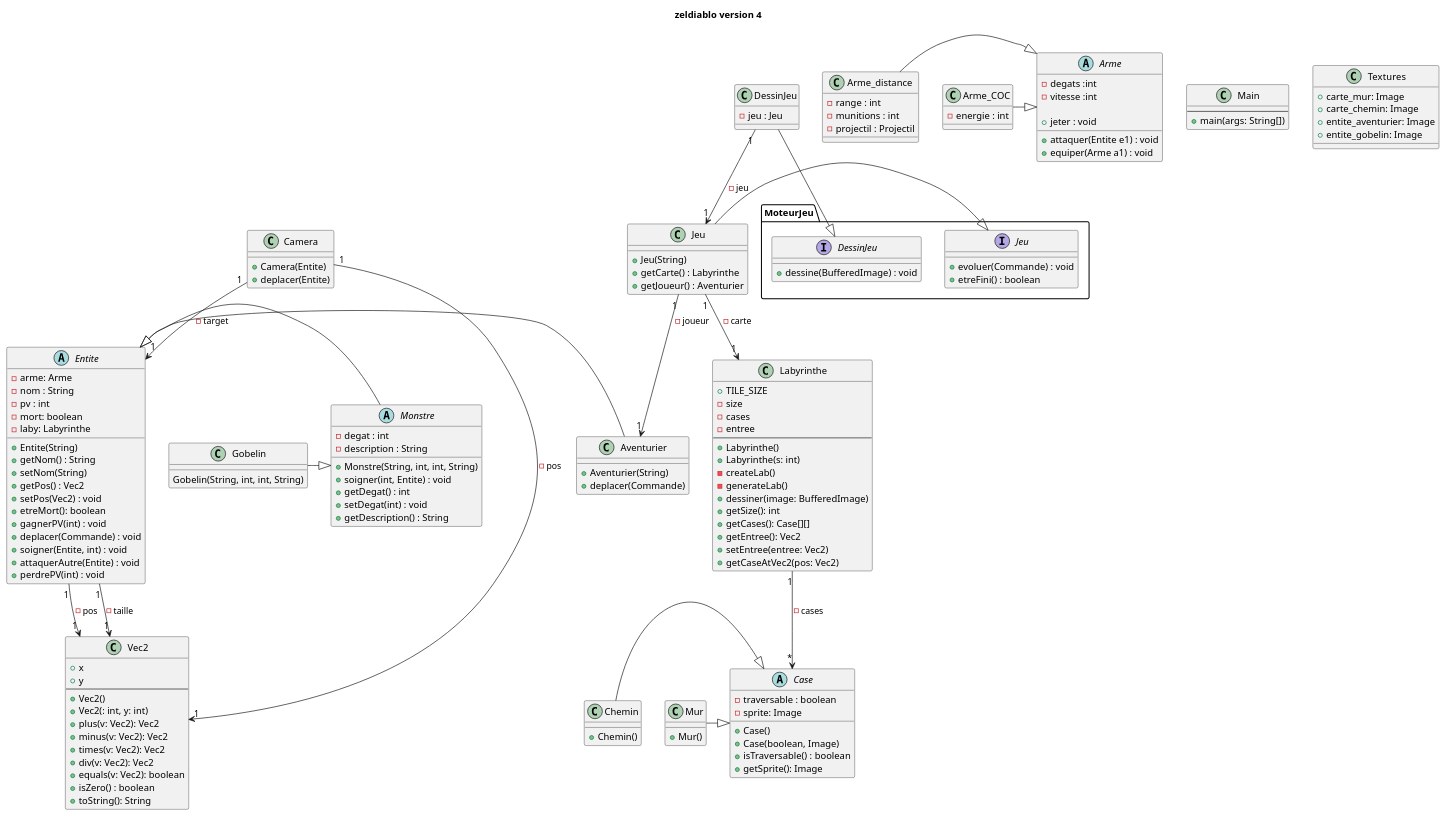
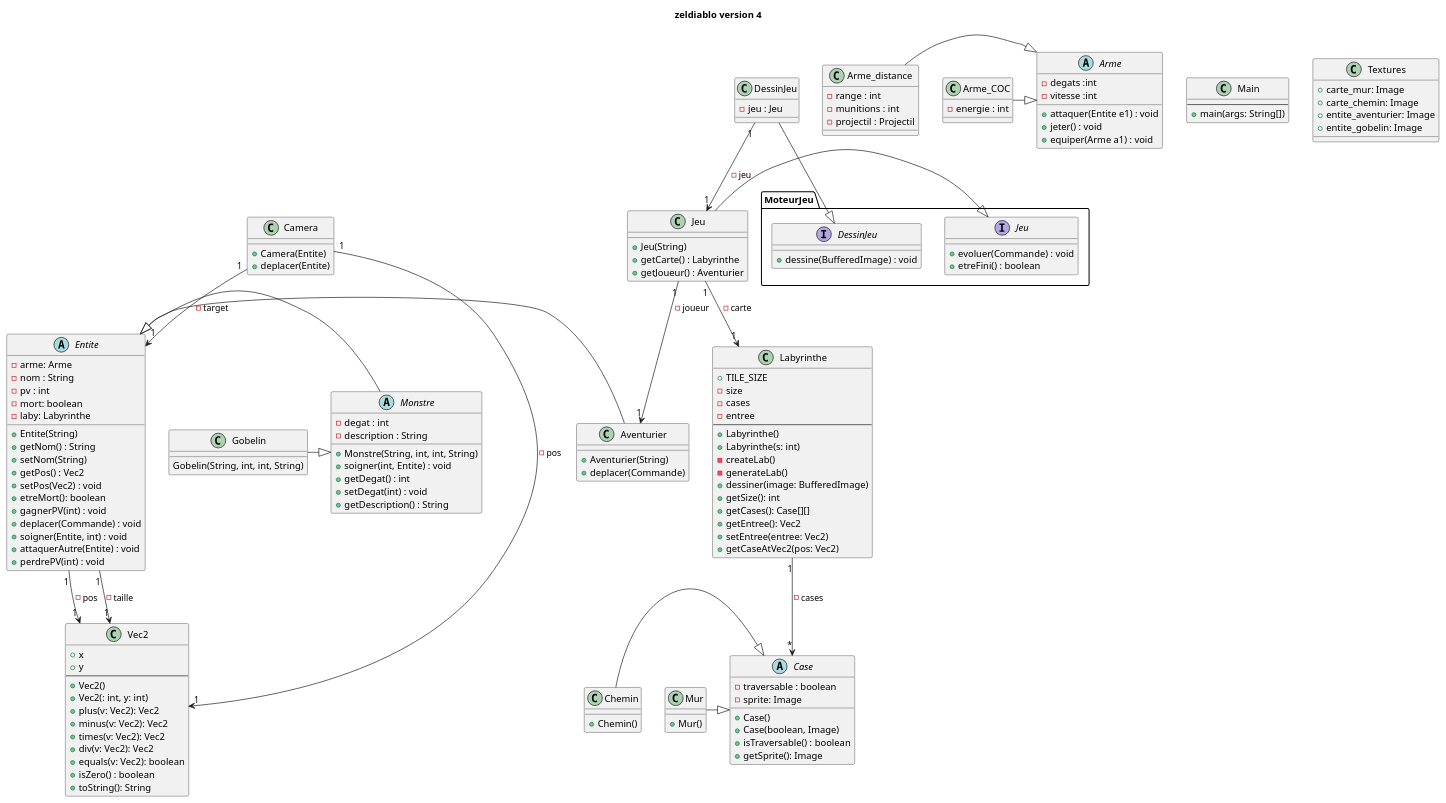
The diagram in documents/version_4/diagramme_classe_version_4.puml (toxicbloud/Zeldiablo), drawn with PlantUML before and after one commit. The commit also changed 3 other files, not shown here.

Commit message:
Mise a jours Arme et diagramme_class

```diff
--- a/documents/version_4/diagramme_classe_version_4.puml
+++ b/documents/version_4/diagramme_classe_version_4.puml
@@ -1,173 +1,173 @@
 @startuml
 title zeldiablo version 4
 
 class Jeu{
 
     + Jeu(String)
     + getCarte() : Labyrinthe
     + getJoueur() : Aventurier
 }
 
 abstract class Case{
     - traversable : boolean
     - sprite: Image
     + Case()
     + Case(boolean, Image)
     + isTraversable() : boolean
     + getSprite(): Image
 }
 
 class Chemin{
 
     + Chemin()
 }
 
 class Mur{
 
     + Mur()
 }
 
 class Labyrinthe {
     + TILE_SIZE
     - size
     - cases
     - entree
     --
     + Labyrinthe()
     + Labyrinthe(s: int)
     - createLab()
     - generateLab()
     + dessiner(image: BufferedImage)
     + getSize(): int
     + getCases(): Case[][]
     + getEntree(): Vec2
     + setEntree(entree: Vec2)
     + getCaseAtVec2(pos: Vec2)
 }
 
 class Vec2 {
     + x
     + y
     --
     + Vec2()
     + Vec2(: int, y: int)
     + plus(v: Vec2): Vec2
     + minus(v: Vec2): Vec2
     + times(v: Vec2): Vec2
     + div(v: Vec2): Vec2
     + equals(v: Vec2): boolean
     + isZero() : boolean
     + toString(): String
 }
 
 abstract class Entite{
     - arme: Arme
     - nom : String
     - pv : int
     - mort: boolean
     - laby: Labyrinthe
 
     + Entite(String)
     + getNom() : String
     + setNom(String)
     + getPos() : Vec2
     + setPos(Vec2) : void
     + etreMort(): boolean
     + gagnerPV(int) : void
     + deplacer(Commande) : void
     + soigner(Entite, int) : void
     + attaquerAutre(Entite) : void
     + perdrePV(int) : void
 
 }
 
 abstract Monstre{
     - degat : int
     - description : String
 
     + Monstre(String, int, int, String)
     + soigner(int, Entite) : void
     + getDegat() : int
     + setDegat(int) : void
     + getDescription() : String
 }
 
 class Gobelin{
 
     Gobelin(String, int, int, String)
 }
 
 class Aventurier{
     + Aventurier(String)
     + deplacer(Commande)
 }
 
 class DessinJeu{
     - jeu : Jeu
 }
 
 class Main{
     --
     + main(args: String[])
 }
 
 interface MoteurJeu.DessinJeu{
     + dessine(BufferedImage) : void
 }
 
 interface MoteurJeu.Jeu{
     + evoluer(Commande) : void
     + etreFini() : boolean
 }
 
 
 class Camera {
     + Camera(Entite)
     + deplacer(Entite)
 }
 
 class Textures {
     + carte_mur: Image
     + carte_chemin: Image
     + entite_aventurier: Image
     + entite_gobelin: Image
 }
 
 abstract class Arme{
     - degats :int
     - vitesse :int
 
     + attaquer(Entite e1) : void
-    + jeter : void 
+    + jeter() : void 
     + equiper(Arme a1) : void 
 }
 
 class Arme_distance{
     - range : int
     - munitions : int
     - projectil : Projectil 
 }
 
 class Arme_COC {
     - energie : int
 }
 
 
 Labyrinthe "1" --> "*" Case : - cases
 Chemin -|> Case
 Mur -|> Case
 Jeu -|> MoteurJeu.Jeu
 DessinJeu -|> MoteurJeu.DessinJeu
 Aventurier -|> Entite
 Monstre -|> Entite
 Gobelin -|> Monstre
 Arme_distance -|> Arme
 Arme_COC -|> Arme
 Jeu "1" --> "1" Labyrinthe : - carte
 Jeu "1" --> "1" Aventurier : - joueur
 DessinJeu "1" --> "1" Jeu : - jeu
 Camera "1" --> "1" Entite : - target
 Camera "1" --> "1" Vec2 : - pos
 Entite "1" --> "1" Vec2 : - pos
 Entite "1" --> "1" Vec2 : - taille
 @enduml
```
